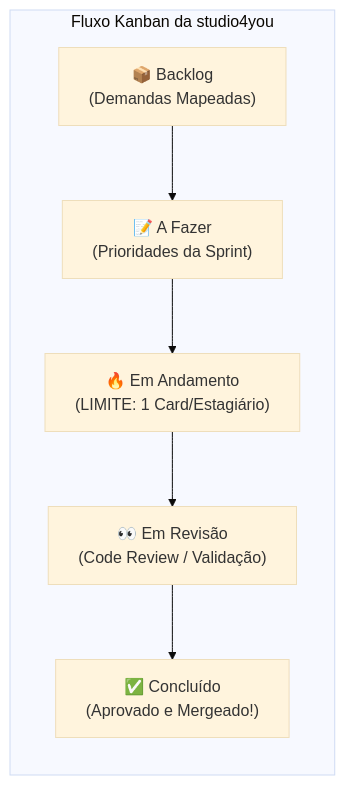
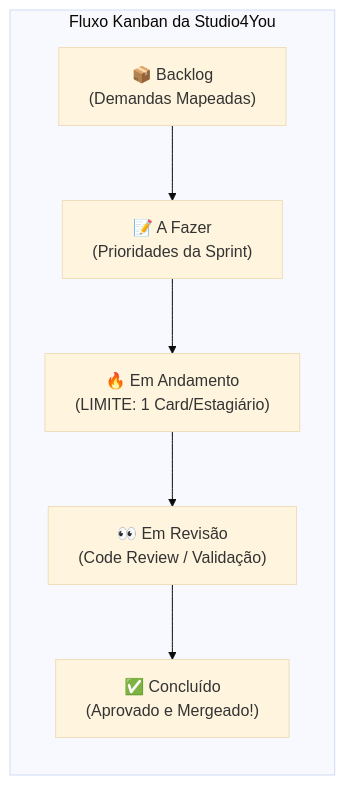
One commit to Roliveira96/manual-do-calouro changed the diagram in docs/03-fluxo-trello-e-sprints.md. Above: the diagram before and after it, drawn with Mermaid (base theme). The commit also changed other lines of this file and 15 other files, not shown here.

Commit message:
docs: padroniza a grafia da marca para Studio4You

````diff
--- a/docs/03-fluxo-trello-e-sprints.md
+++ b/docs/03-fluxo-trello-e-sprints.md
@@ -21,9 +21,9 @@
 ```mermaid
 flowchart LR
-    subgraph Fluxo Kanban da studio4you
+    subgraph Fluxo Kanban da Studio4You
         B["📦 Backlog\n(Demandas Mapeadas)"] --> F["📝 A Fazer\n(Prioridades da Sprint)"]
         F --> A["🔥 Em Andamento\n(LIMITE: 1 Card/Estagiário)"]
         A --> R["👀 Em Revisão\n(Code Review / Validação)"]
         R --> C["✅ Concluído\n(Aprovado e Mergeado!)"]
     end
 ```
````
